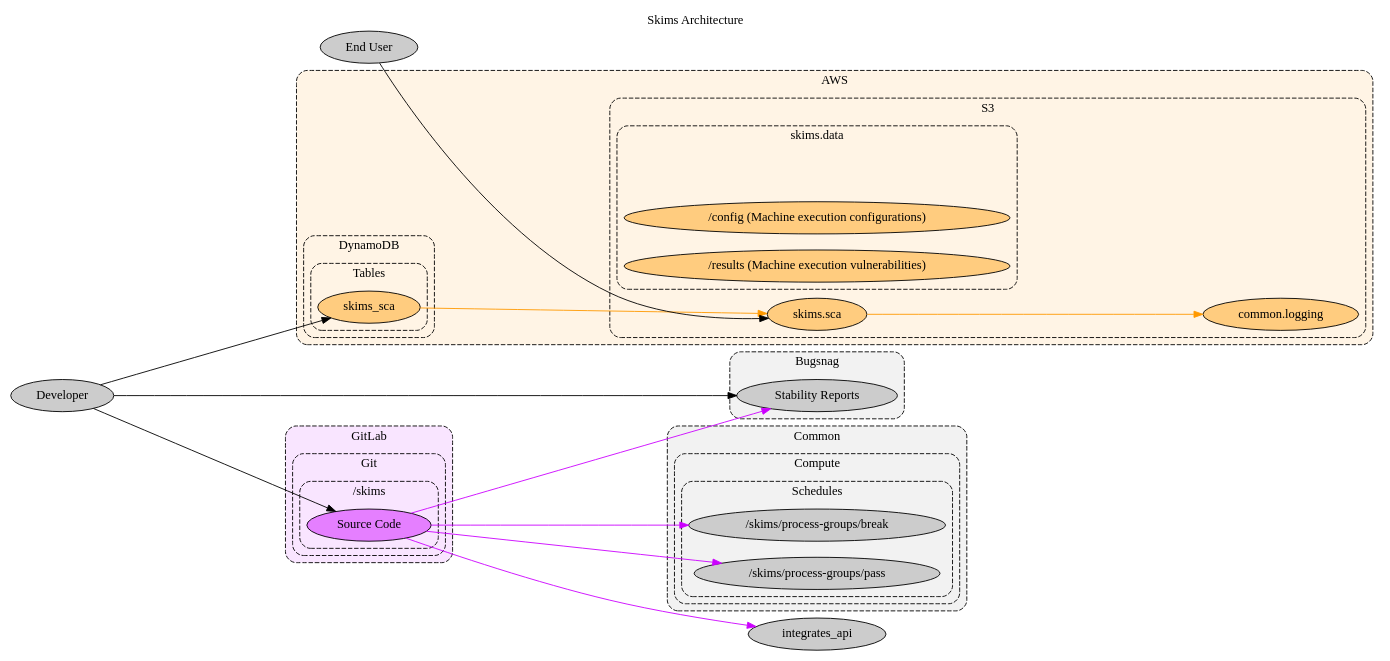
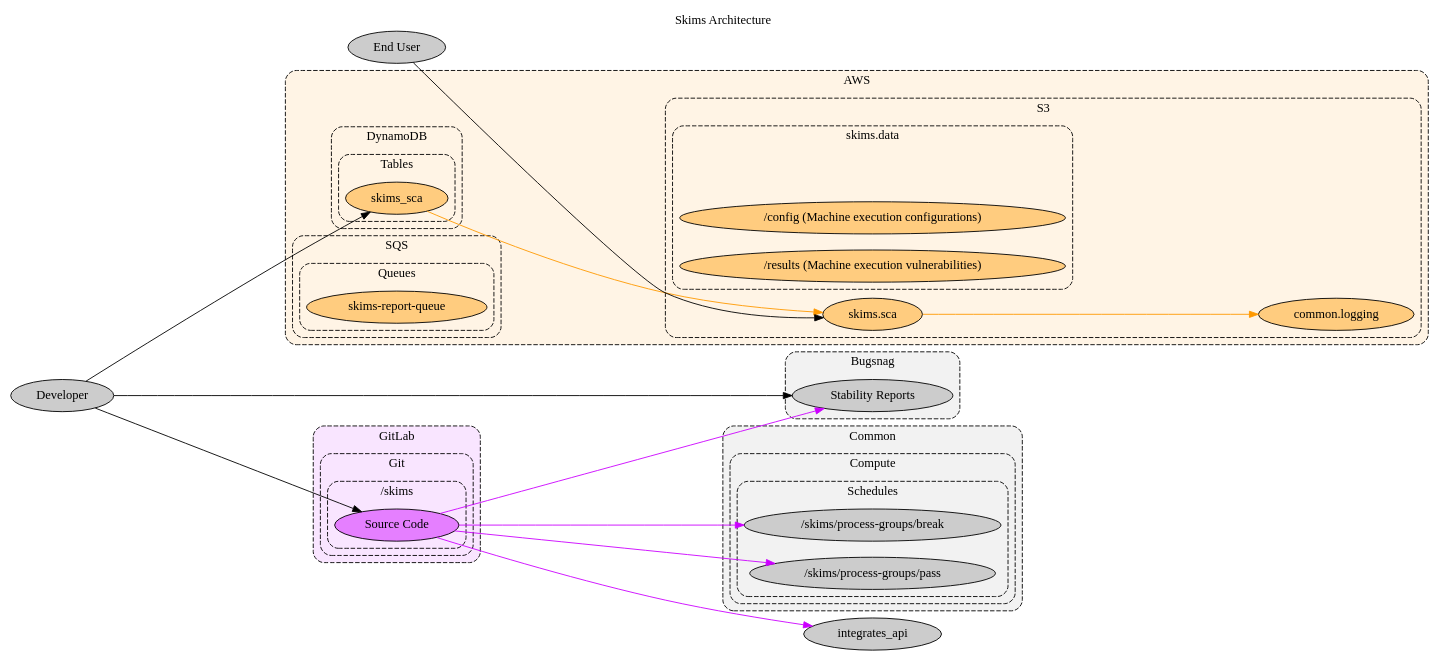
The diagram in docs/src/docs/development/products/skims-arch.dot (jeanbaptistemora/fluidattacks-universe2), drawn with Graphviz before and after one commit.

Commit message:
docs\feat(doc): #7581 unused sqs queue
- Add the SQS queue that was used a while back
  and that has not been removed from the resources

```diff
--- a/docs/src/docs/development/products/skims-arch.dot
+++ b/docs/src/docs/development/products/skims-arch.dot
@@ -1,109 +1,119 @@
 // SPDX-FileCopyrightText: 2022 Fluid Attacks <development@fluidattacks.com>
 //
 // SPDX-License-Identifier: MPL-2.0
 
 digraph skims {
   label="Skims Architecture"
   labelloc="t"
   compound="true"
   concentrate="true"
   ranksep="3.0"
   rankdir="LR"
   scale="scalexy"
 
   node[style="filled"]
   graph[style="dashed,rounded"]
 
   subgraph cluster_aws {
     label="AWS"
     bgcolor="0.1 0.1 1.0"
     node[fillcolor="0.1 0.5 1.0"]
 
     subgraph cluster_aws_dynamodb {
       label="DynamoDB"
 
       subgraph cluster_aws_dynamodb_tables {
         label="Tables"
 
         aws_dynamodb_tables_skims_sca[label="skims_sca"]
       }
     }
 
     subgraph cluster_aws_s3 {
       label="S3"
 
       subgraph cluster_aws_s3_skims_data {
         label="skims.data"
 
         cluster_aws_s3_skims_data[label="" style="invis"]
 
         aws_s3_skims_data_config[label="/config (Machine execution configurations)" width="6.0"]
         aws_s3_skims_data_results[label="/results (Machine execution vulnerabilities)" width="6.0"]
       }
 
       aws_s3_skims_sca[label="skims.sca"]
       aws_s3_common_logging[label="common.logging"]
+    }
+
+    subgraph cluster_aws_sqs {
+      label="SQS"
+
+      subgraph cluster_aws_sqs_queues {
+        label="Queues"
+
+        aws_sqs_queues_skims_report_queue[label="skims-report-queue"]
+      }
     }
   }
 
   subgraph cluster_bugsnag {
     label="Bugsnag"
     bgcolor="0.0 0.0 0.95"
     node[fillcolor="0.0 0.0 0.8"]
 
     bugsnag[label="Stability Reports"]
   }
 
   subgraph cluster_common {
     label="Common"
     bgcolor="0.0 0.0 0.95"
     node[fillcolor="0.0 0.0 0.8"]
 
     subgraph cluster_common_compute {
       label="Compute"
 
       subgraph cluster_common_compute_schedules {
         label="Schedules"
 
         common_compute_schedules_break[label="/skims/process-groups/break"]
         common_compute_schedules_pass[label="/skims/process-groups/pass"]
       }
     }
   }
 
   subgraph cluster_gitlab {
     label="GitLab"
     bgcolor="0.8 0.1 1.0"
     node[fillcolor="0.8 0.5 1.0"]
 
     subgraph cluster_gitlab_git {
       label="Git"
 
       subgraph cluster_gitlab_skims {
         label="/skims"
 
         gitlab_skims[label="Source Code"]
       }
     }
   }
 
   node[fillcolor="0.0 0.0 0.8"]
   end_user[label="End User"]
   developer[label="Developer"]
 
   edge[color="0.1 1.0 1.0"]
   aws_dynamodb_tables_skims_sca -> aws_s3_skims_sca[]
   aws_s3_skims_sca -> aws_s3_common_logging[]
 
   edge[color="0.8 1.0 1.0"]
   gitlab_skims -> bugsnag[]
   gitlab_skims -> common_compute_schedules_break[]
   gitlab_skims -> common_compute_schedules_pass[]
   gitlab_skims -> integrates_api[]
 
   edge[color="0.0 0.0 0.0"]
   developer -> aws_dynamodb_tables_skims_sca[]
   developer -> bugsnag[]
   developer -> gitlab_skims[]
   end_user -> aws_s3_skims_sca[]
 }
```
